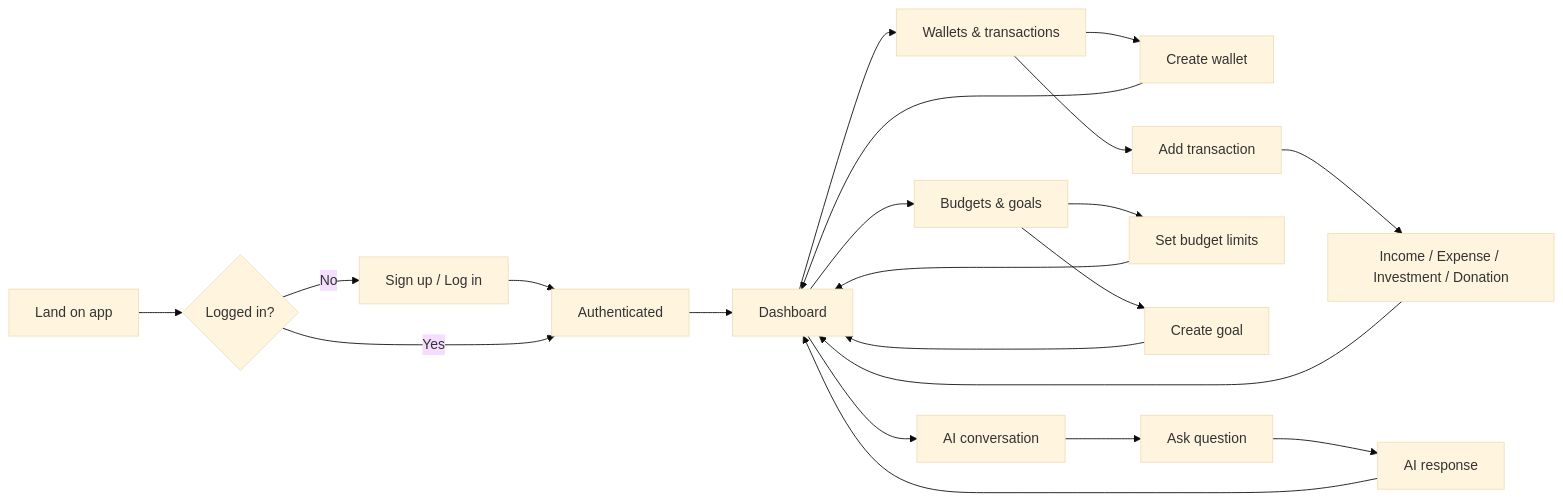
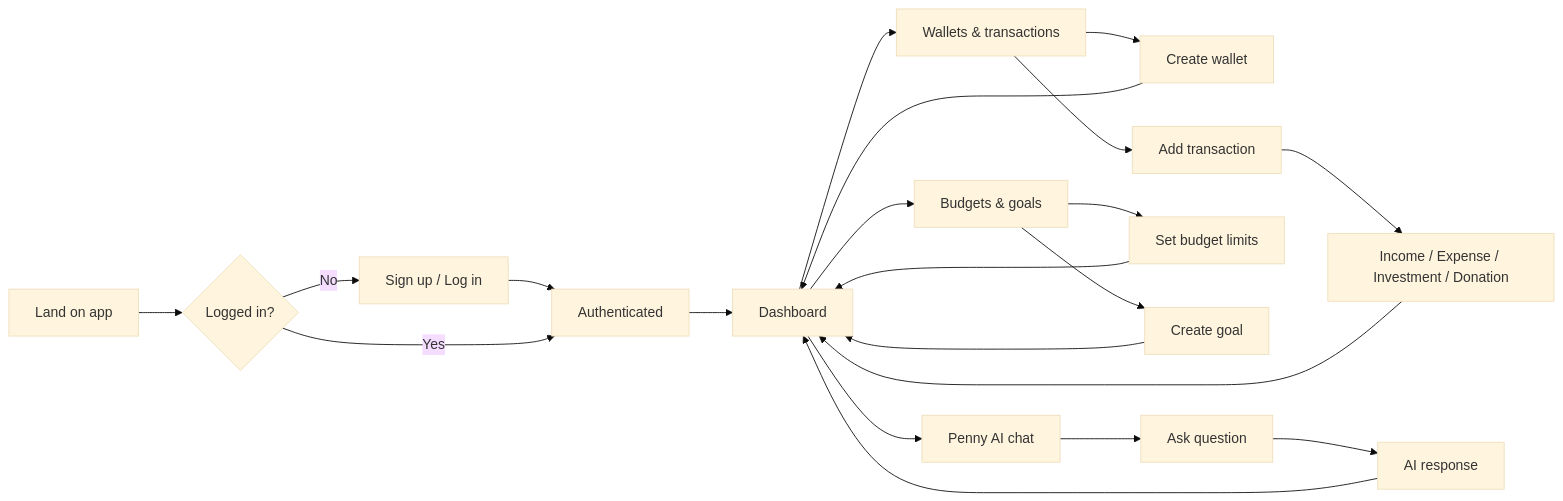
Before and after one commit to harsh20k/Coin-aws: the second of 2 diagrams in README.md, drawn with Mermaid (base theme). The commit also changed other lines of this file and 16 other files, not shown here.

````diff
--- a/README.md
+++ b/README.md
@@ -45,23 +65,23 @@
 ```mermaid
 flowchart LR
     A[Land on app] --> B{Logged in?}
     B -->|No| C[Sign up / Log in]
     C --> D[Authenticated]
     B -->|Yes| D
     D --> E[Dashboard]
     E --> F[Wallets & transactions]
     E --> G[Budgets & goals]
-    E --> H[AI conversation]
+    E --> H[Penny AI chat]
     F --> F1[Create wallet]
     F --> F2[Add transaction]
     F2 --> F2a[Income / Expense / Investment / Donation]
     G --> G1[Set budget limits]
     G --> G2[Create goal]
     H --> H1[Ask question]
     H1 --> H2[AI response]
     F1 --> E
     F2a --> E
     G1 --> E
     G2 --> E
     H2 --> E
 ```
````
